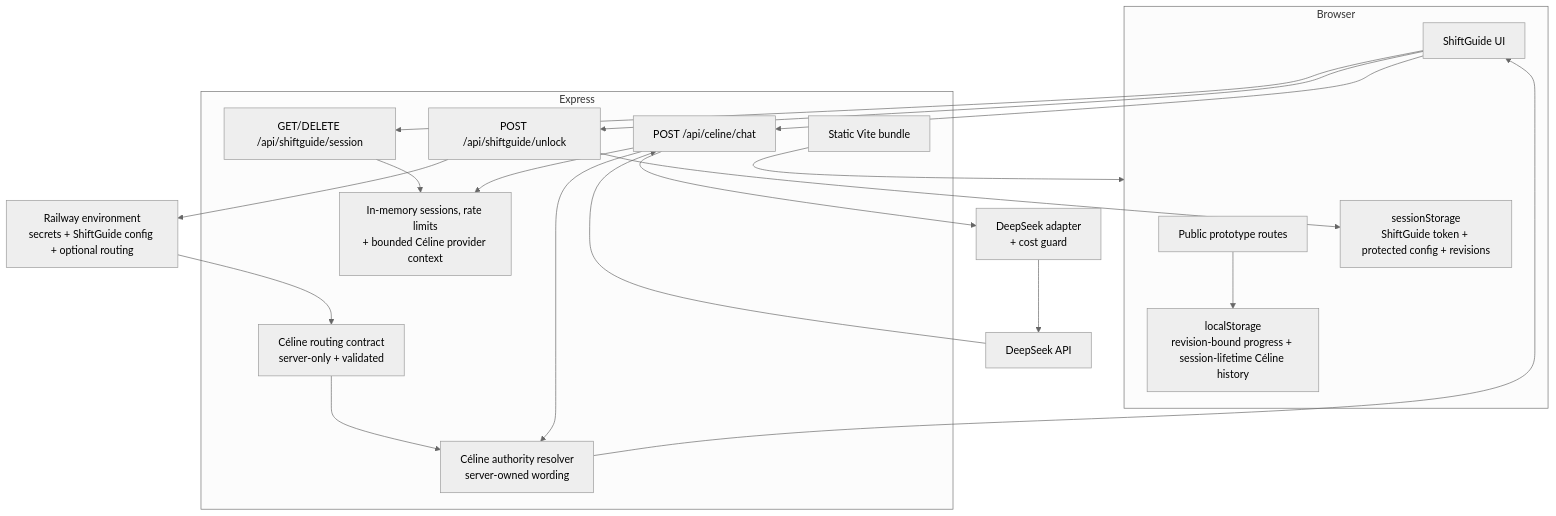
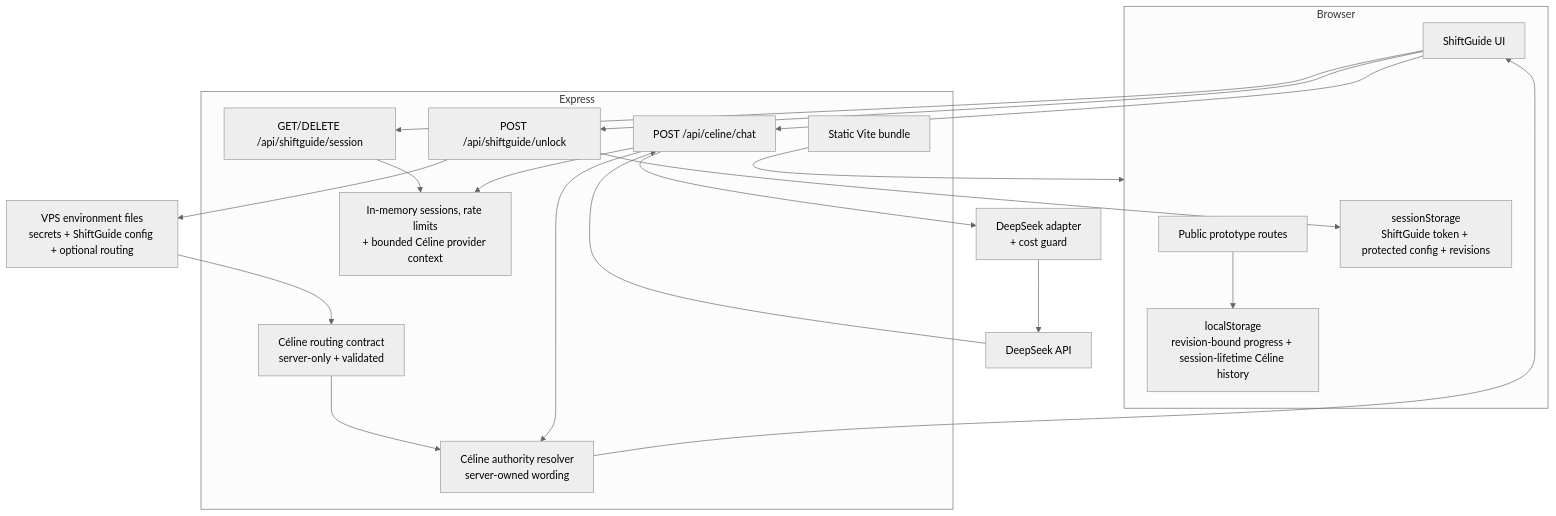
One commit to AmineAKIK/protocap changed the diagram in docs/architecture.md. Above: the diagram before and after it, drawn with Mermaid (neutral theme). The commit also changed other lines of this file and 35 other files, not shown here.

First line of the commit message:
chore: migrate hosting from Railway to VPS and add hosted demo (#200)

````diff
--- a/docs/architecture.md
+++ b/docs/architecture.md
@@ -9,40 +9,40 @@
 ```mermaid
 flowchart TB
   subgraph Browser
     Public[Public prototype routes]
     ShiftUI[ShiftGuide UI]
     SessionStore[sessionStorage\nShiftGuide token + protected config + revisions]
     LocalStore[localStorage\nrevision-bound progress + session-lifetime Céline history]
   end
 
   subgraph Express
     Unlock[POST /api/shiftguide/unlock]
     Session[GET/DELETE /api/shiftguide/session]
     Chat[POST /api/celine/chat]
     Routing[Céline routing contract\nserver-only + validated]
     Authority[Céline authority resolver\nserver-owned wording]
     Memory[In-memory sessions, rate limits\n+ bounded Céline provider context]
     Static[Static Vite bundle]
   end
 
-  Env[Railway environment\nsecrets + ShiftGuide config + optional routing]
+  Env[VPS environment files\nsecrets + ShiftGuide config + optional routing]
   ProviderAdapter[DeepSeek adapter\n+ cost guard]
   Provider[DeepSeek API]
 
   Public --> LocalStore
   ShiftUI --> Unlock
   Unlock --> Env
   Unlock --> SessionStore
   ShiftUI --> Session
   ShiftUI --> Chat
   Session --> Memory
   Env --> Routing
   Routing --> Authority
   Chat --> Memory
   Chat --> ProviderAdapter
   ProviderAdapter --> Provider
   Provider --> Chat
   Chat --> Authority
   Authority --> ShiftUI
   Static --> Browser
 ```
````
